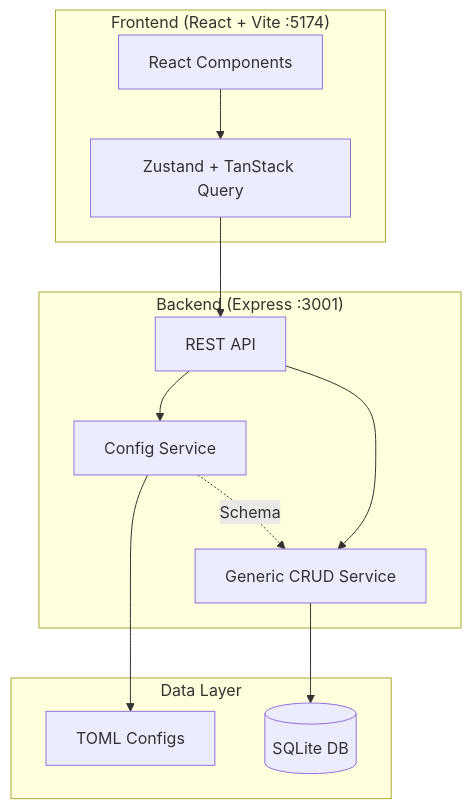
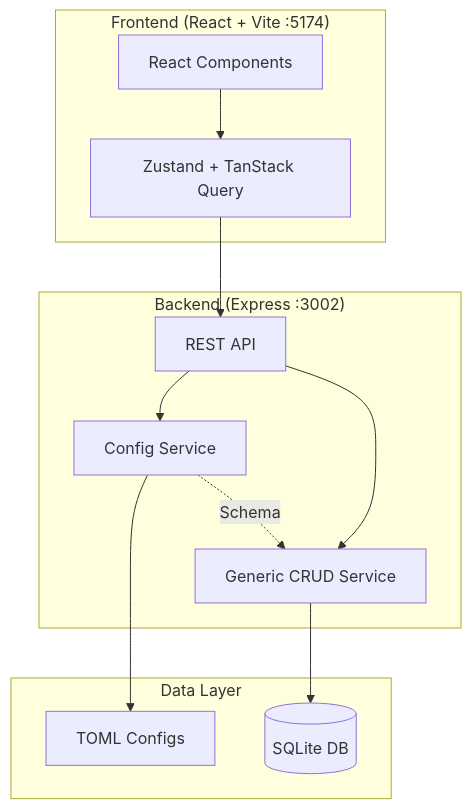
The diagram in CLAUDE.md (ismanix-creator/66_HAUSVERWALTUNG_NEBENKOSTEN), drawn with Mermaid before and after one commit. The commit also changed other lines of this file and 37 other files, not shown here.

````diff
--- a/CLAUDE.md
+++ b/CLAUDE.md
@@ -24,26 +24,26 @@
 ```mermaid
 graph TB
     subgraph Frontend["Frontend (React + Vite :5174)"]
         UI[React Components]
         State[Zustand + TanStack Query]
     end
 
-    subgraph Backend["Backend (Express :3001)"]
+    subgraph Backend["Backend (Express :3002)"]
         API[REST API]
         ConfigSvc[Config Service]
         GenericSvc[Generic CRUD Service]
     end
 
     subgraph Data["Data Layer"]
         TOML[TOML Configs]
         SQLite[(SQLite DB)]
     end
 
     UI --> State
     State --> API
     API --> ConfigSvc
     API --> GenericSvc
     ConfigSvc --> TOML
     GenericSvc --> SQLite
     ConfigSvc -.->|Schema| GenericSvc
 ```
````
